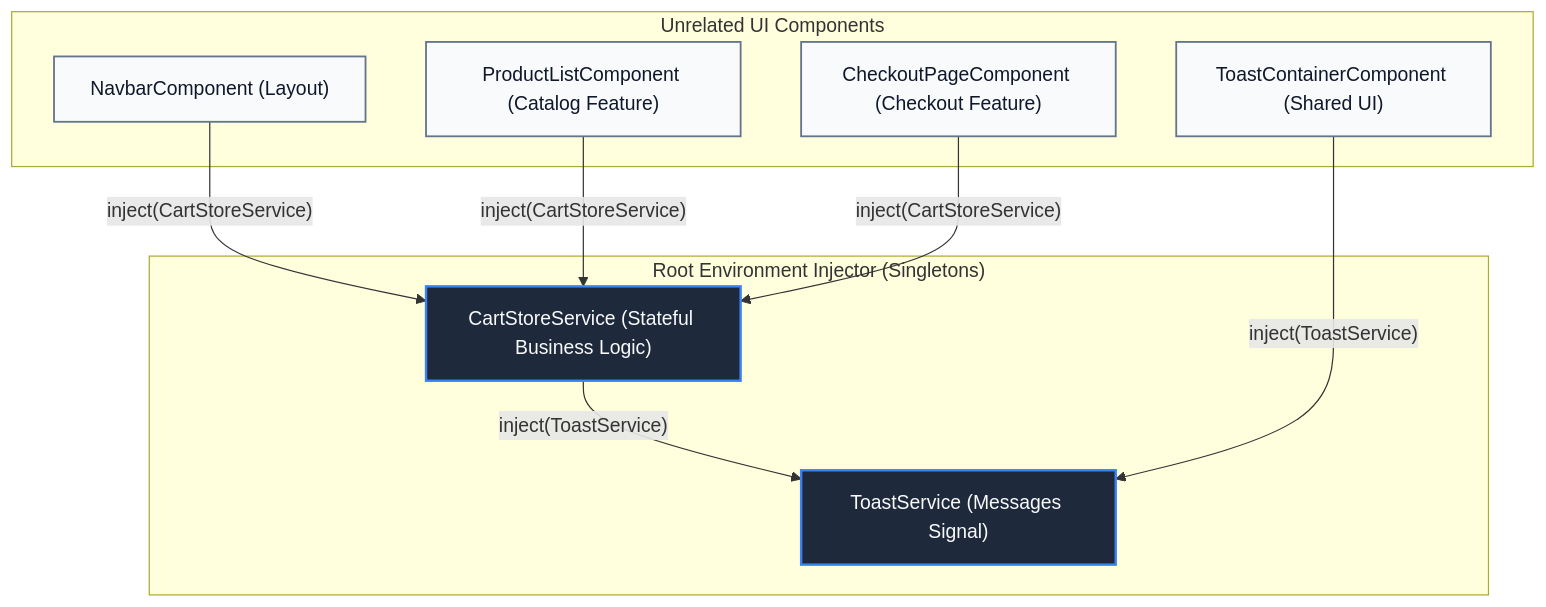
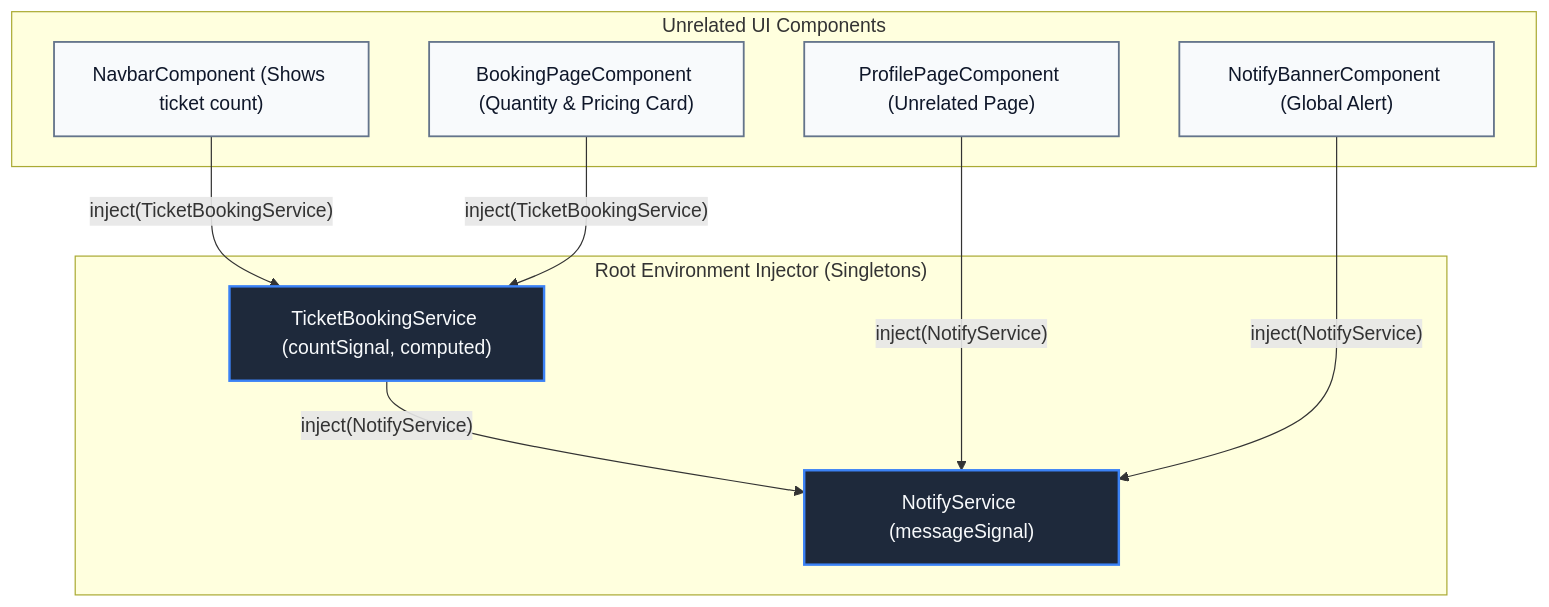
One commit to my-digital-space/Angular changed the first of 3 diagrams in concepts/Application_architecture/Shared_Services/GEMINI.md. Above: the diagram before and after it, drawn with Mermaid. The commit also changed other lines of this file and 39 other files, not shown here.

````diff
--- a/concepts/Application_architecture/Shared_Services/GEMINI.md
+++ b/concepts/Application_architecture/Shared_Services/GEMINI.md
@@ -129,25 +144,25 @@
 ```mermaid
 flowchart TD
     subgraph RootInjector["Root Environment Injector (Singletons)"]
-        TS["ToastService (Messages Signal)"]
-        CS["CartStoreService (Stateful Business Logic)"]
+        NS["NotifyService (messageSignal)"]
+        TBS["TicketBookingService (countSignal, computed)"]
     end
 
     subgraph ConsumerComponents["Unrelated UI Components"]
-        NAV["NavbarComponent (Layout)"]
-        CAT["ProductListComponent (Catalog Feature)"]
-        CHK["CheckoutPageComponent (Checkout Feature)"]
-        TOAST["ToastContainerComponent (Shared UI)"]
+        NAV["NavbarComponent (Shows ticket count)"]
+        BOOK["BookingPageComponent (Quantity & Pricing Card)"]
+        PROF["ProfilePageComponent (Unrelated Page)"]
+        BANNER["NotifyBannerComponent (Global Alert)"]
     end
 
-    CS -->|"inject(ToastService)"| TS
-    NAV -->|"inject(CartStoreService)"| CS
-    CAT -->|"inject(CartStoreService)"| CS
-    CHK -->|"inject(CartStoreService)"| CS
-    TOAST -->|"inject(ToastService)"| TS
+    TBS -->|"inject(NotifyService)"| NS
+    NAV -->|"inject(TicketBookingService)"| TBS
+    BOOK -->|"inject(TicketBookingService)"| TBS
+    PROF -->|"inject(NotifyService)"| NS
+    BANNER -->|"inject(NotifyService)"| NS
 
     classDef service fill:#1e293b,stroke:#3b82f6,stroke-width:2px,color:#f8fafc;
     classDef comp fill:#f8fafc,stroke:#64748b,stroke-width:1.5px,color:#0f172a;
-    class TS,CS service;
-    class NAV,CAT,CHK,TOAST comp;
+    class NS,TBS service;
+    class NAV,BOOK,PROF,BANNER comp;
 ```
````
